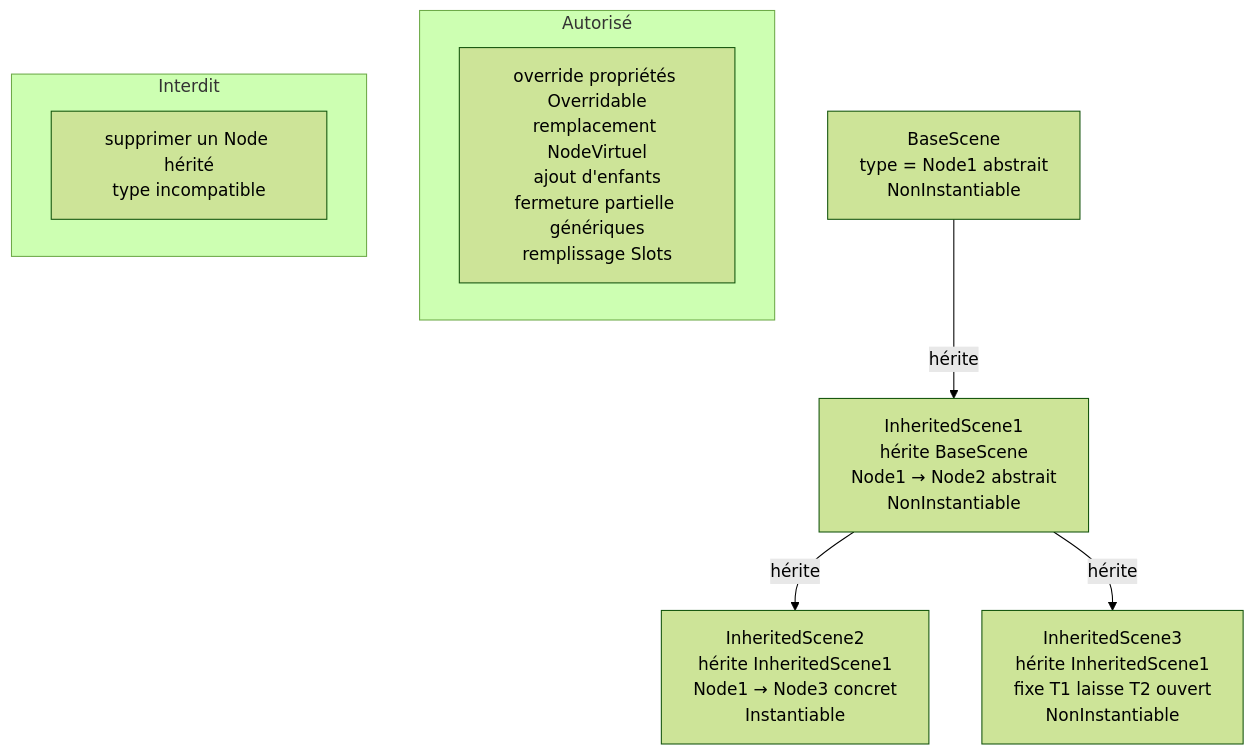
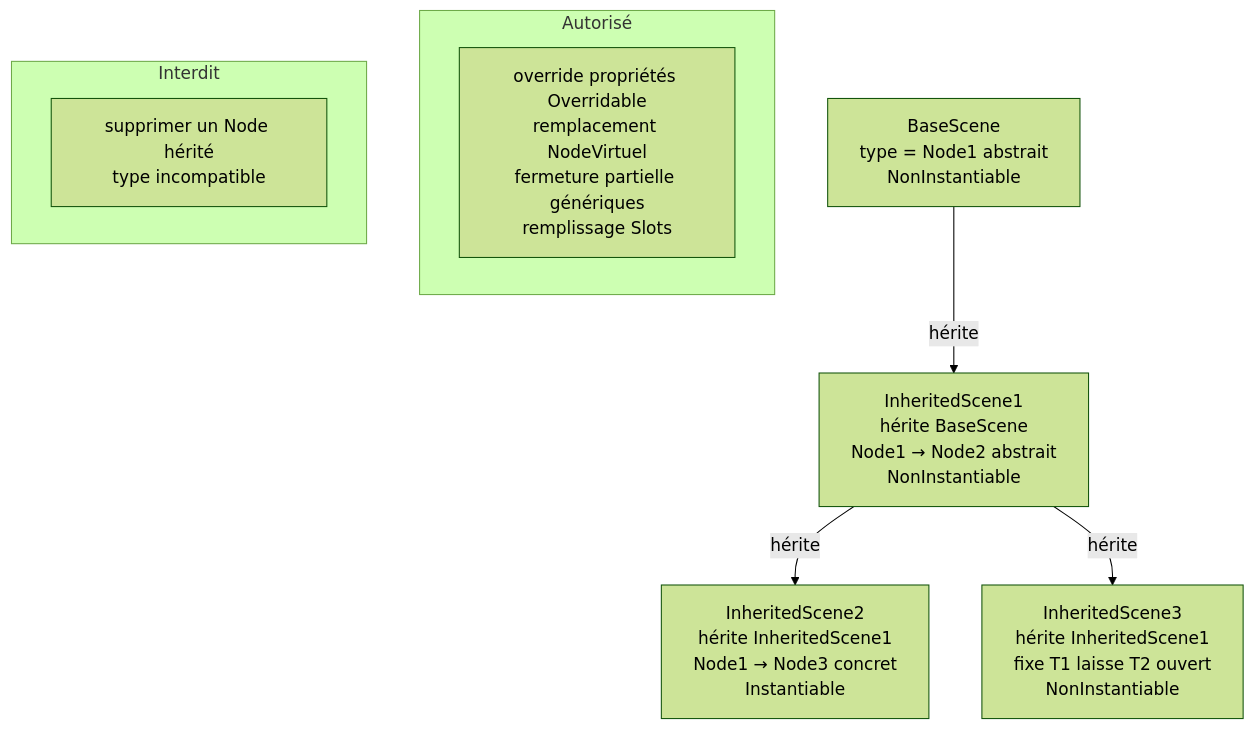
Before and after one commit to OmarAboudou/HumbleEngine: the third of 4 diagrams in Docs/spec-scene.md, drawn with Mermaid (forest theme). The commit also changed other lines of this file and 6 other files, not shown here.

````diff
--- a/Docs/spec-scene.md
+++ b/Docs/spec-scene.md
@@ -202,19 +179,19 @@
 ```mermaid
 graph TD
   BS["BaseScene\ntype = Node1 abstrait\nNonInstantiable"]
   IS1["InheritedScene1\nhérite BaseScene\nNode1 → Node2 abstrait\nNonInstantiable"]
   IS2["InheritedScene2\nhérite InheritedScene1\nNode1 → Node3 concret\nInstantiable"]
   IS3["InheritedScene3\nhérite InheritedScene1\nfixe T1 laisse T2 ouvert\nNonInstantiable"]
 
   BS -->|"hérite"| IS1
   IS1 -->|"hérite"| IS2
   IS1 -->|"hérite"| IS3
 
   subgraph "Autorisé"
-    R1["override propriétés Overridable\nremplacement NodeVirtuel\najout d'enfants\nfermeture partielle génériques\nremplissage Slots"]
+    R1["override propriétés Overridable\nremplacement NodeVirtuel\nfermeture partielle génériques\nremplissage Slots"]
   end
 
   subgraph "Interdit"
     R2["supprimer un Node hérité\ntype incompatible"]
   end
 ```
````
